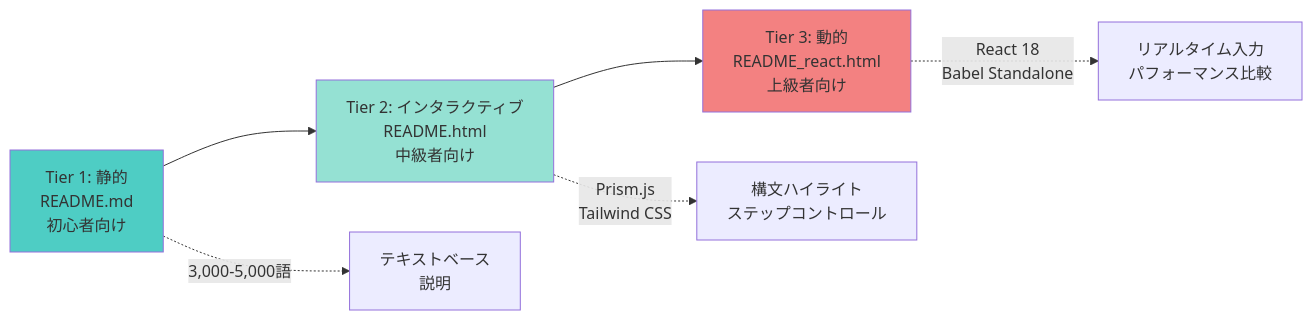
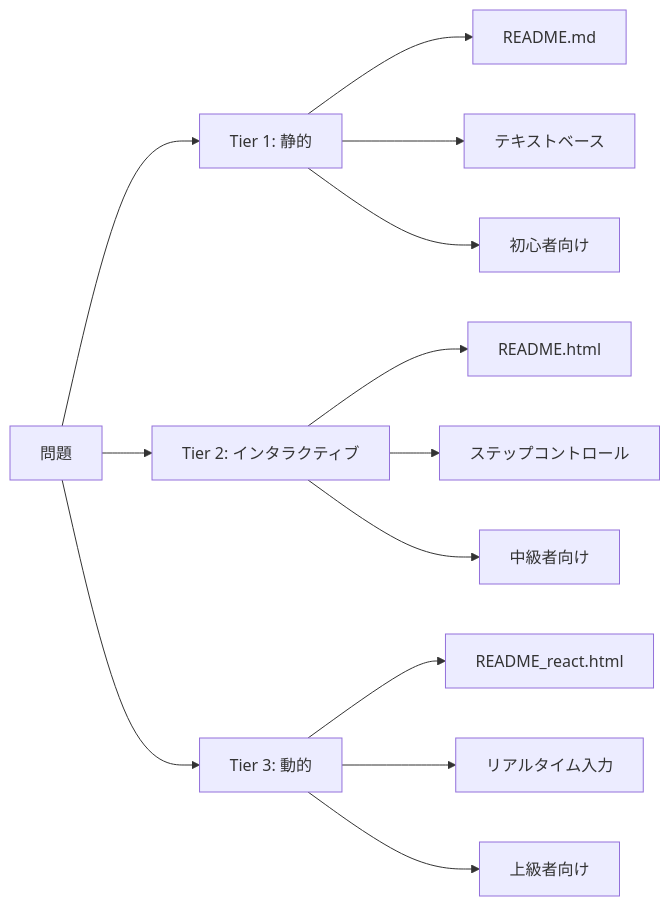
One commit to myoshi2891/Algorithm-DataStructures-Math-SQL changed the seventh of 12 diagrams in README.md. Above: the diagram before and after it, drawn with Mermaid. The commit also changed other lines of this file, not shown here.

````diff
--- a/README.md
+++ b/README.md
@@ -302,13 +359,18 @@
 ```mermaid
 graph LR
-    T1[Tier 1: 静的<br/>README.md<br/>初心者向け] --> T2[Tier 2: インタラクティブ<br/>README.html<br/>中級者向け]
-    T2 --> T3[Tier 3: 動的<br/>README_react.html<br/>上級者向け]
+    A[問題] --> B[Tier 1: 静的]
+    A --> C[Tier 2: インタラクティブ]
+    A --> D[Tier 3: 動的]
     
-    T1 -.->|3,000-5,000語| D1[テキストベース<br/>説明]
-    T2 -.->|Prism.js<br/>Tailwind CSS| D2[構文ハイライト<br/>ステップコントロール]
-    T3 -.->|React 18<br/>Babel Standalone| D3[リアルタイム入力<br/>パフォーマンス比較]
+    B --> B1[README.md]
+    B --> B2[テキストベース]
+    B --> B3[初心者向け]
     
-    style T1 fill:#4ecdc4
-    style T2 fill:#95e1d3
-    style T3 fill:#f38181
+    C --> C1[README.html]
+    C --> C2[ステップコントロール]
+    C --> C3[中級者向け]
+    
+    D --> D1[README_react.html]
+    D --> D2[リアルタイム入力]
+    D --> D3[上級者向け]
 ```
````
